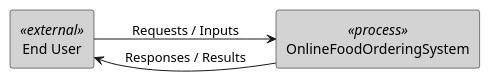
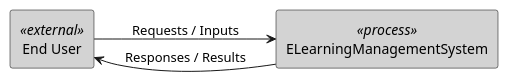
Before and after one commit to YoumnaHanyy/GPARCHIMIND: the diagram in output/dfd_context.puml, drawn with PlantUML. The commit also changed 22 other files, not shown here.

Commit message:
Added deployment diagram

```diff
--- a/output/dfd_context.puml
+++ b/output/dfd_context.puml
@@ -1,14 +1,14 @@
 @startuml
 left to right direction
 skinparam rectangle {
   BackgroundColor LightGray
   BorderColor Black
 }
 skinparam package {
   BackgroundColor White
 }
 rectangle "End User" <<external>>
-rectangle "OnlineFoodOrderingSystem" <<process>>
-"End User" --> "OnlineFoodOrderingSystem" : Requests / Inputs
-"OnlineFoodOrderingSystem" --> "End User" : Responses / Results
+rectangle "ELearningManagementSystem" <<process>>
+"End User" --> "ELearningManagementSystem" : Requests / Inputs
+"ELearningManagementSystem" --> "End User" : Responses / Results
 @enduml
```
